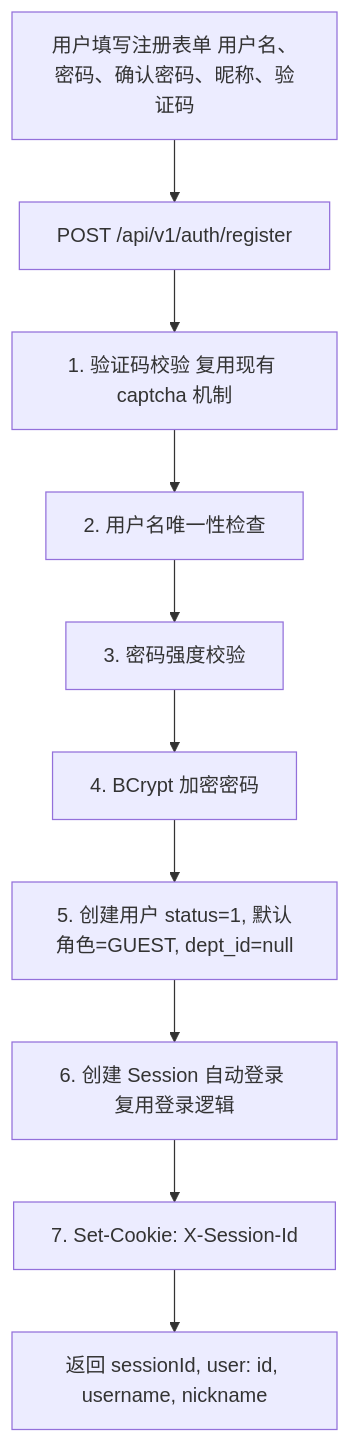
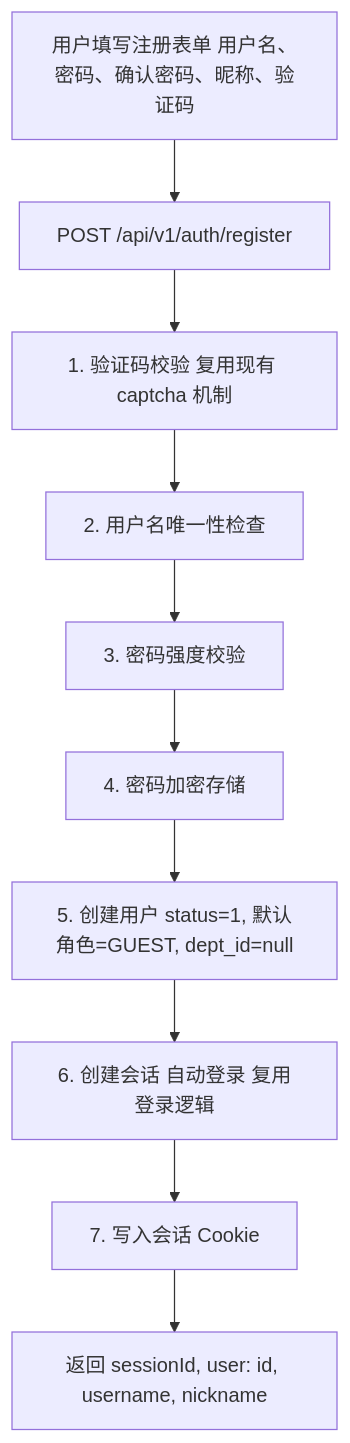
Before and after one commit to earthy-zinc/dehaze-system: the diagram in dehaze-doc/docs/03-模块设计/基础模块/认证管理/用户注册设计.md, drawn with Mermaid. The commit also changed other lines of this file and 694 other files, not shown here.

````diff
--- a/dehaze-doc/docs/03-模块设计/基础模块/认证管理/用户注册设计.md
+++ b/dehaze-doc/docs/03-模块设计/基础模块/认证管理/用户注册设计.md
@@ -17,12 +17,12 @@
 ```mermaid
 flowchart TD
     A["用户填写注册表单 用户名、密码、确认密码、昵称、验证码"] --> B[POST /api/v1/auth/register]
     B --> C1[1. 验证码校验 复用现有 captcha 机制]
     C1 --> C2[2. 用户名唯一性检查]
     C2 --> C3[3. 密码强度校验]
-    C3 --> C4[4. BCrypt 加密密码]
+    C3 --> C4[4. 密码加密存储]
     C4 --> C5["5. 创建用户 status=1, 默认角色=GUEST, dept_id=null"]
-    C5 --> C6[6. 创建 Session 自动登录 复用登录逻辑]
-    C6 --> C7["7. Set-Cookie: X-Session-Id"]
+    C5 --> C6[6. 创建会话 自动登录 复用登录逻辑]
+    C6 --> C7["7. 写入会话 Cookie"]
     C7 --> D["返回 sessionId, user: id, username, nickname"]
 ```
````
